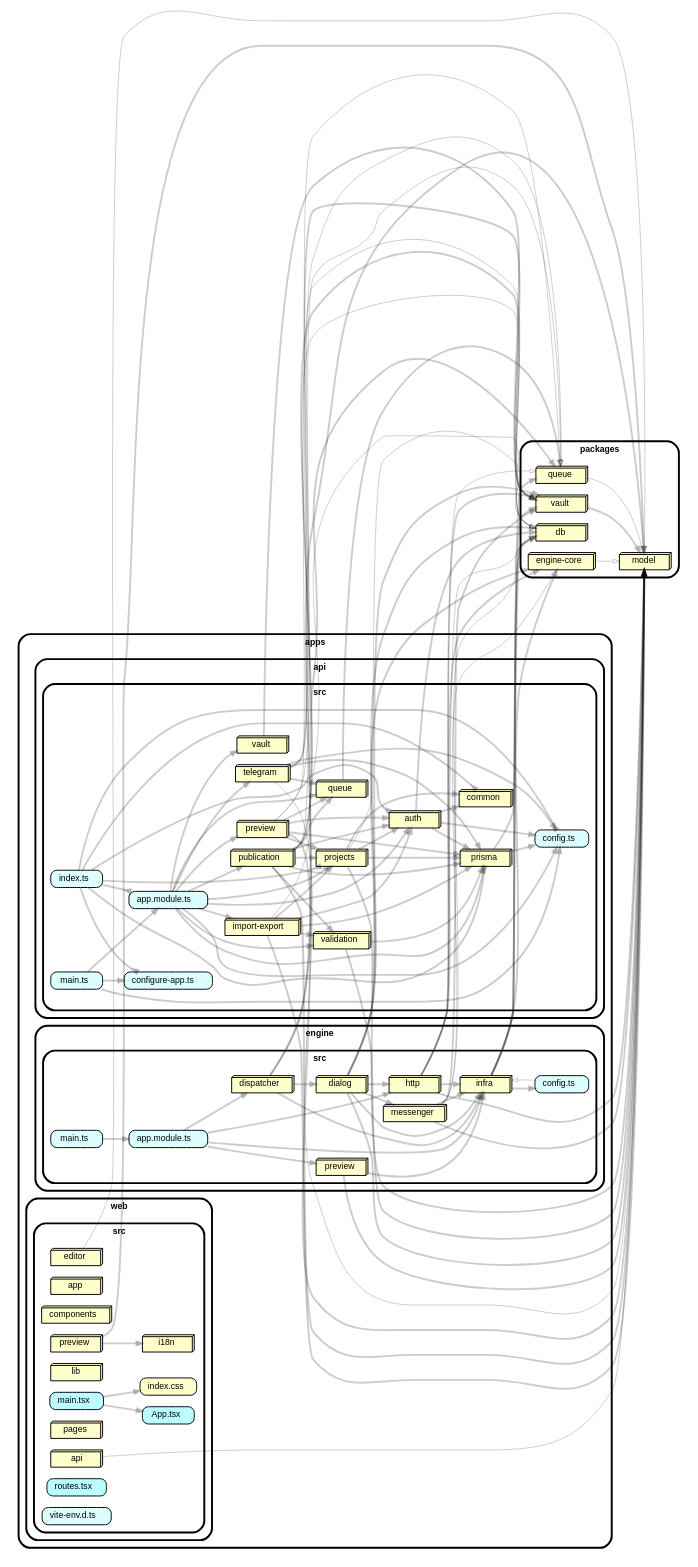
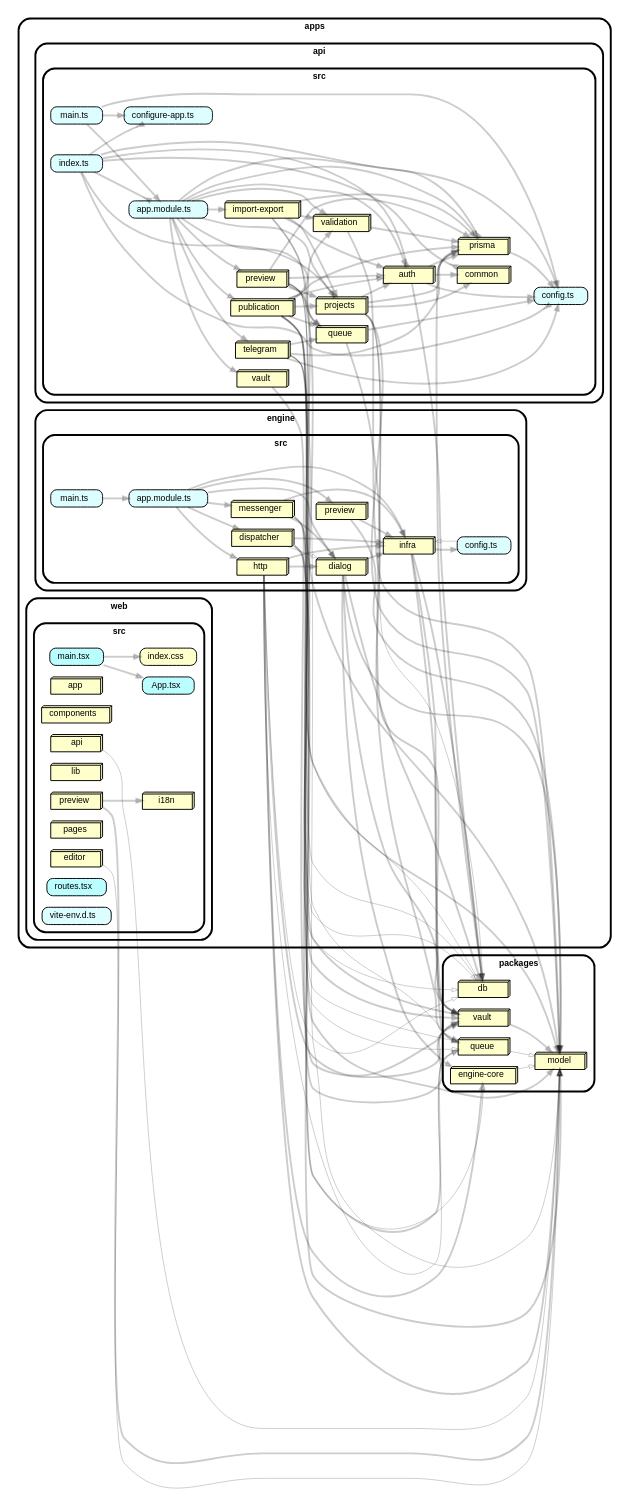
One commit to Denmurzik/chatbot-builder changed the diagram in docs/architecture/modules.dot. Above: the diagram before and after it, drawn with Graphviz. The commit also changed 16 other files, not shown here.

```diff
--- a/docs/architecture/modules.dot
+++ b/docs/architecture/modules.dot
@@ -59,6 +59,7 @@
     "apps/api/src/projects" -> "packages/model"
     "apps/api/src/projects" -> "apps/api/src/prisma"
     "apps/api/src/projects" -> "packages/db" [arrowhead="onormal" penwidth="1.0"]
+    "apps/api/src/projects" -> "packages/vault"
     subgraph "cluster_apps" {label="apps" subgraph "cluster_apps/api" {label="api" subgraph "cluster_apps/api/src" {label="src" "apps/api/src/publication" [label=<publication> tooltip="publication" URL="apps/api/src/publication" shape="box3d"] } } }
     "apps/api/src/publication" -> "apps/api/src/auth"
     "apps/api/src/publication" -> "apps/api/src/projects"
@@ -70,6 +71,7 @@
     "apps/api/src/publication" -> "packages/queue" [arrowhead="onormal" penwidth="1.0"]
     "apps/api/src/publication" -> "packages/vault"
     subgraph "cluster_apps" {label="apps" subgraph "cluster_apps/api" {label="api" subgraph "cluster_apps/api/src" {label="src" "apps/api/src/queue" [label=<queue> tooltip="queue" URL="apps/api/src/queue" shape="box3d"] } } }
+    "apps/api/src/queue" -> "apps/api/src/config.ts"
     "apps/api/src/queue" -> "packages/queue"
     subgraph "cluster_apps" {label="apps" subgraph "cluster_apps/api" {label="api" subgraph "cluster_apps/api/src" {label="src" "apps/api/src/telegram" [label=<telegram> tooltip="telegram" URL="apps/api/src/telegram" shape="box3d"] } } }
     "apps/api/src/telegram" -> "apps/api/src/prisma"
@@ -84,26 +86,27 @@
     subgraph "cluster_apps" {label="apps" subgraph "cluster_apps/api" {label="api" subgraph "cluster_apps/api/src" {label="src" "apps/api/src/vault" [label=<vault> tooltip="vault" URL="apps/api/src/vault" shape="box3d"] } } }
     "apps/api/src/vault" -> "packages/vault"
     subgraph "cluster_apps" {label="apps" subgraph "cluster_apps/engine" {label="engine" subgraph "cluster_apps/engine/src" {label="src" "apps/engine/src/app.module.ts" [label=<app.module.ts> tooltip="app.module.ts" URL="apps/engine/src/app.module.ts" fillcolor="#ddfeff"] } } }
+    "apps/engine/src/app.module.ts" -> "apps/engine/src/dialog"
     "apps/engine/src/app.module.ts" -> "apps/engine/src/dispatcher"
     "apps/engine/src/app.module.ts" -> "apps/engine/src/http"
     "apps/engine/src/app.module.ts" -> "apps/engine/src/infra"
+    "apps/engine/src/app.module.ts" -> "apps/engine/src/messenger"
     "apps/engine/src/app.module.ts" -> "apps/engine/src/preview"
     subgraph "cluster_apps" {label="apps" subgraph "cluster_apps/engine" {label="engine" subgraph "cluster_apps/engine/src" {label="src" "apps/engine/src/config.ts" [label=<config.ts> tooltip="config.ts" URL="apps/engine/src/config.ts" fillcolor="#ddfeff"] } } }
     "apps/engine/src/config.ts" -> "apps/engine/src/infra" [arrowhead="onormal" penwidth="1.0"]
     subgraph "cluster_apps" {label="apps" subgraph "cluster_apps/engine" {label="engine" subgraph "cluster_apps/engine/src" {label="src" "apps/engine/src/dialog" [label=<dialog> tooltip="dialog" URL="apps/engine/src/dialog" shape="box3d"] } } }
-    "apps/engine/src/dialog" -> "apps/engine/src/http"
-    "apps/engine/src/dialog" -> "apps/engine/src/messenger"
+    "apps/engine/src/dialog" -> "packages/engine-core"
     "apps/engine/src/dialog" -> "packages/db"
     "apps/engine/src/dialog" -> "apps/engine/src/infra"
-    "apps/engine/src/dialog" -> "packages/engine-core"
     "apps/engine/src/dialog" -> "packages/model"
     "apps/engine/src/dialog" -> "packages/vault"
     subgraph "cluster_apps" {label="apps" subgraph "cluster_apps/engine" {label="engine" subgraph "cluster_apps/engine/src" {label="src" "apps/engine/src/dispatcher" [label=<dispatcher> tooltip="dispatcher" URL="apps/engine/src/dispatcher" shape="box3d"] } } }
-    "apps/engine/src/dispatcher" -> "apps/engine/src/dialog"
+    "apps/engine/src/dispatcher" -> "apps/engine/src/dialog" [arrowhead="onormal" penwidth="1.0"]
     "apps/engine/src/dispatcher" -> "apps/engine/src/infra"
     "apps/engine/src/dispatcher" -> "packages/model"
     "apps/engine/src/dispatcher" -> "packages/queue"
     subgraph "cluster_apps" {label="apps" subgraph "cluster_apps/engine" {label="engine" subgraph "cluster_apps/engine/src" {label="src" "apps/engine/src/http" [label=<http> tooltip="http" URL="apps/engine/src/http" shape="box3d"] } } }
+    "apps/engine/src/http" -> "apps/engine/src/dialog"
     "apps/engine/src/http" -> "apps/engine/src/infra"
     "apps/engine/src/http" -> "packages/db" [arrowhead="onormal" penwidth="1.0"]
     "apps/engine/src/http" -> "packages/queue" [arrowhead="onormal" penwidth="1.0"]
@@ -113,16 +116,15 @@
     subgraph "cluster_apps" {label="apps" subgraph "cluster_apps/engine" {label="engine" subgraph "cluster_apps/engine/src" {label="src" "apps/engine/src/infra" [label=<infra> tooltip="infra" URL="apps/engine/src/infra" shape="box3d"] } } }
     "apps/engine/src/infra" -> "apps/engine/src/config.ts"
     "apps/engine/src/infra" -> "packages/db"
-    "apps/engine/src/infra" -> "packages/engine-core"
     "apps/engine/src/infra" -> "packages/queue"
     "apps/engine/src/infra" -> "packages/vault"
     subgraph "cluster_apps" {label="apps" subgraph "cluster_apps/engine" {label="engine" subgraph "cluster_apps/engine/src" {label="src" "apps/engine/src/main.ts" [label=<main.ts> tooltip="main.ts" URL="apps/engine/src/main.ts" fillcolor="#ddfeff"] } } }
     "apps/engine/src/main.ts" -> "apps/engine/src/app.module.ts"
     subgraph "cluster_apps" {label="apps" subgraph "cluster_apps/engine" {label="engine" subgraph "cluster_apps/engine/src" {label="src" "apps/engine/src/messenger" [label=<messenger> tooltip="messenger" URL="apps/engine/src/messenger" shape="box3d"] } } }
+    "apps/engine/src/messenger" -> "apps/engine/src/dialog"
     "apps/engine/src/messenger" -> "apps/engine/src/infra"
     "apps/engine/src/messenger" -> "packages/db" [arrowhead="onormal" penwidth="1.0"]
     "apps/engine/src/messenger" -> "packages/engine-core" [arrowhead="onormal" penwidth="1.0"]
-    "apps/engine/src/messenger" -> "packages/model"
     "apps/engine/src/messenger" -> "packages/vault"
     subgraph "cluster_apps" {label="apps" subgraph "cluster_apps/engine" {label="engine" subgraph "cluster_apps/engine/src" {label="src" "apps/engine/src/preview" [label=<preview> tooltip="preview" URL="apps/engine/src/preview" shape="box3d"] } } }
     "apps/engine/src/preview" -> "apps/engine/src/infra"
```
